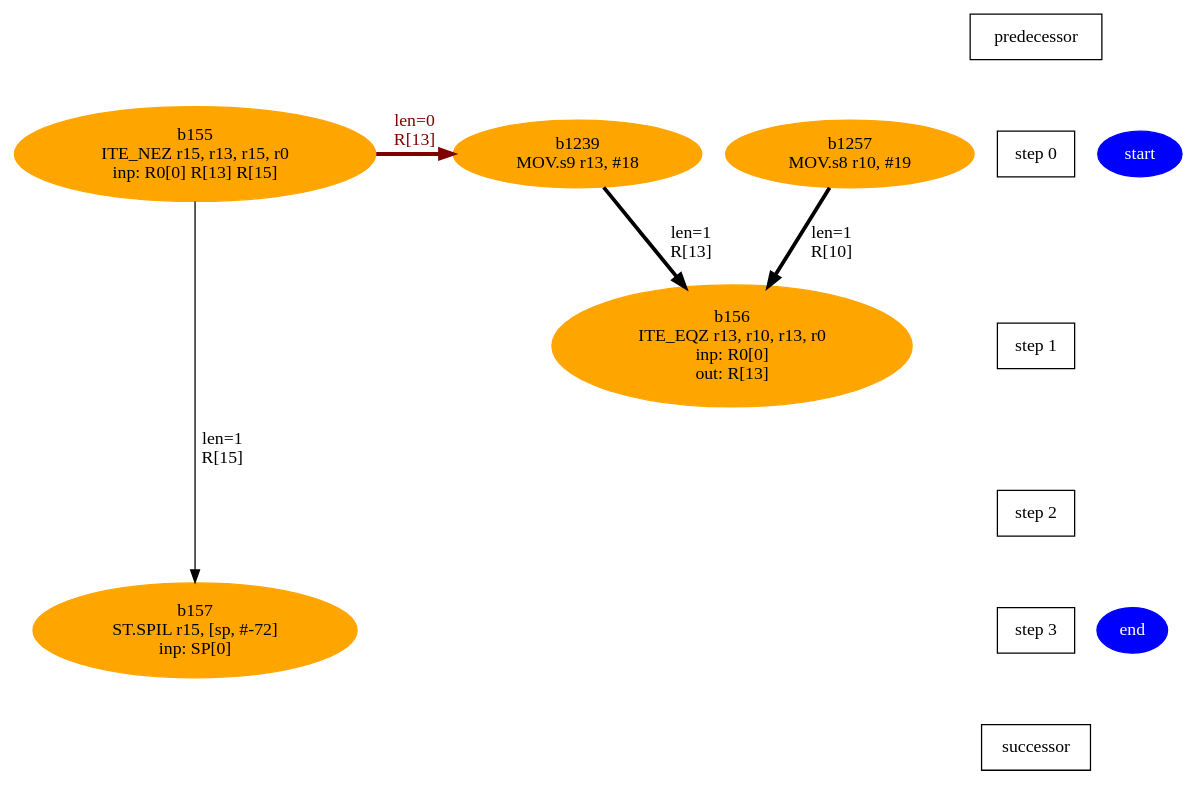
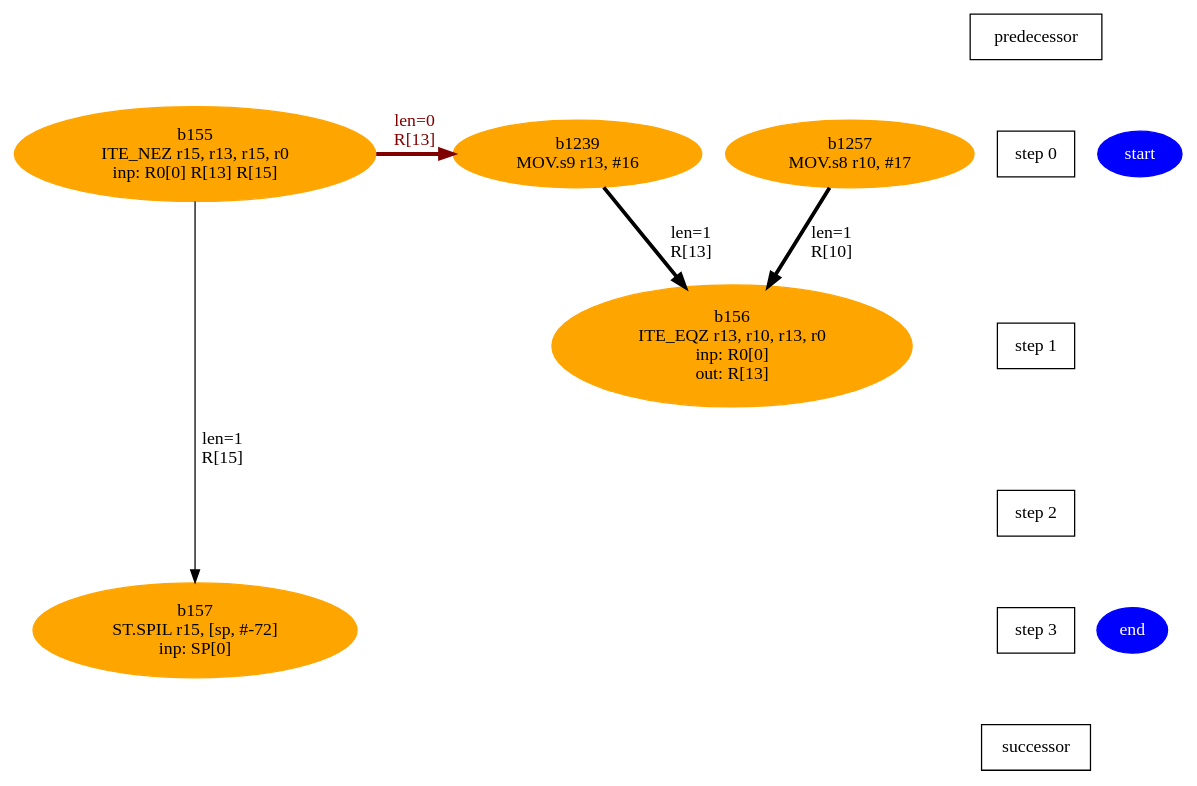
Before and after one commit to lxy-littlechai/SVD: the diagram in TriBlock/Work/aie/1_0/Release/chesswork/1_0-main__s2_info/m140.dot, drawn with Graphviz. The commit also changed 284 other files, not shown here.

```diff
--- a/TriBlock/Work/aie/1_0/Release/chesswork/1_0-main__s2_info/m140.dot
+++ b/TriBlock/Work/aie/1_0/Release/chesswork/1_0-main__s2_info/m140.dot
@@ -1,24 +1,24 @@
 digraph N {
  b155[color=orange,fontcolor=black,style=filled,label="b155\nITE_NEZ r15, r13, r15, r0\ninp: R0[0] R[13] R[15]"];  {rank=same; S0;  b155;}
  b156[color=orange,fontcolor=black,style=filled,label="b156\nITE_EQZ r13, r10, r13, r0\ninp: R0[0]\nout: R[13]"];  {rank=same; S1;  b156;}
  b157[color=orange,fontcolor=black,style=filled,label="b157\nST.SPIL r15, [sp, #-72]\ninp: SP[0]"];  {rank=same; S3;  b157;}
- b1239[color=orange,fontcolor=black,style=filled,label="b1239\nMOV.s9 r13, #18"];  {rank=same; S0;  b1239;}
- b1257[color=orange,fontcolor=black,style=filled,label="b1257\nMOV.s8 r10, #19"];  {rank=same; S0;  b1257;}
+ b1239[color=orange,fontcolor=black,style=filled,label="b1239\nMOV.s9 r13, #16"];  {rank=same; S0;  b1239;}
+ b1257[color=orange,fontcolor=black,style=filled,label="b1257\nMOV.s8 r10, #17"];  {rank=same; S0;  b1257;}
  start [color=blue,fontcolor=white,style=filled,label="start"];  {rank=same; S0;  start;}
  end [color=blue,fontcolor=white,style=filled,label="end"];  {rank=same; S3;  end;}
    b155 -> b1239 [color=maroon,fontcolor=maroon,penwidth=3,label="len=0\nR[13]",weight=1000];
    b155 -> b157 [color=black,fontcolor=black,label="len=1\nR[15]",weight=1000];
    b1239 -> b156 [color=black,fontcolor=black,penwidth=3,label="len=1\nR[13]",weight=1000];
    b1257 -> b156 [color=black,fontcolor=black,penwidth=3,label="len=1\nR[10]",weight=1000];
   Sm1 [label="predecessor",shape=box];
   S0 [label="step 0",shape=box];
   Sm1 -> S0[style=invis,weight=9000];
   S1 [label="step 1",shape=box];
   S0 -> S1[style=invis,weight=9000];
   S2 [label="step 2",shape=box];
   S1 -> S2[style=invis,weight=9000];
   S3 [label="step 3",shape=box];
   S2 -> S3[style=invis,weight=9000];
   S4 [label="successor",shape=box];
   S3 -> S4[style=invis,weight=9000];
 }
```
